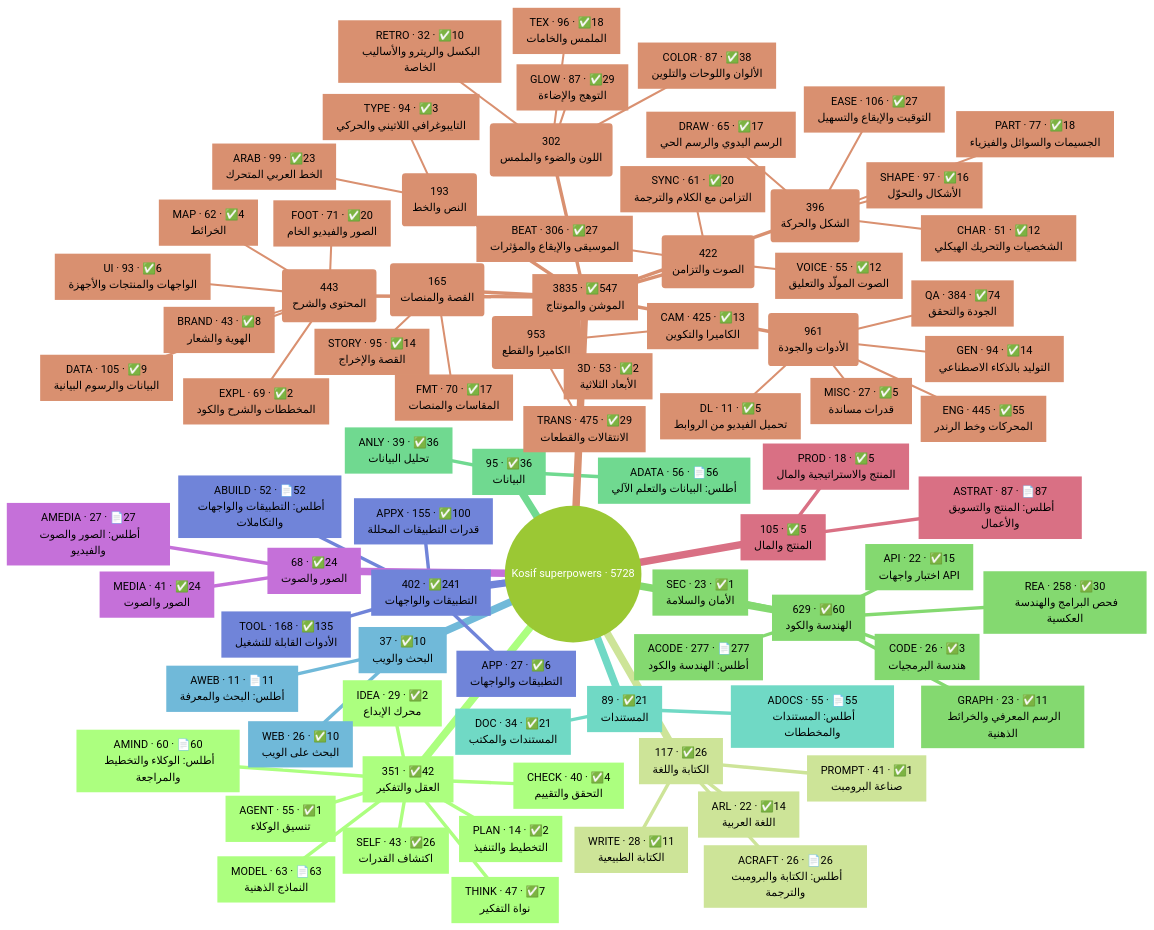
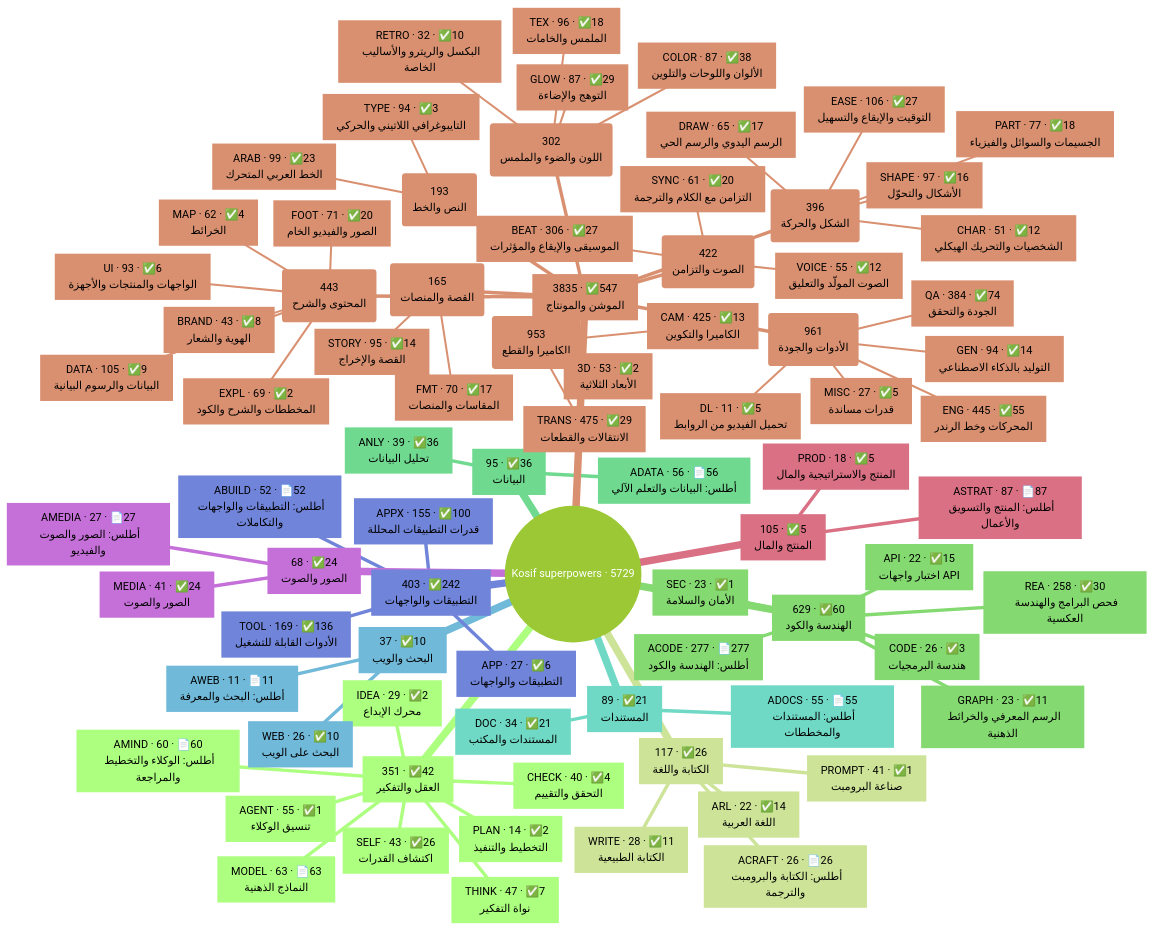
Before and after one commit to kosif199022-jpg/kosif-tool: the first of 2 diagrams in .claude/skills/kosif-superpowers/references/capability-map.md, drawn with Mermaid (forest theme). The commit also changed other lines of this file and 65 other files, not shown here.

````diff
--- a/.claude/skills/kosif-superpowers/references/capability-map.md
+++ b/.claude/skills/kosif-superpowers/references/capability-map.md
@@ -18,6 +18,6 @@
 ```mermaid
 mindmap
-  root((Kosif superpowers · 5728))
+  root((Kosif superpowers · 5729))
     n1["`351 · ✅42
 العقل والتفكير`"]
       n2["`MODEL · 63 · 📄63
@@ -78,9 +78,9 @@
 البحث على الويب`"]
       n30["`AWEB · 11 · 📄11
 أطلس: البحث والمعرفة`"]
-    n31["`402 · ✅241
+    n31["`403 · ✅242
 التطبيقات والواجهات`"]
-      n32["`TOOL · 168 · ✅135
+      n32["`TOOL · 169 · ✅136
 الأدوات القابلة للتشغيل`"]
       n33["`APPX · 155 · ✅100
 قدرات التطبيقات المحللة`"]
````
